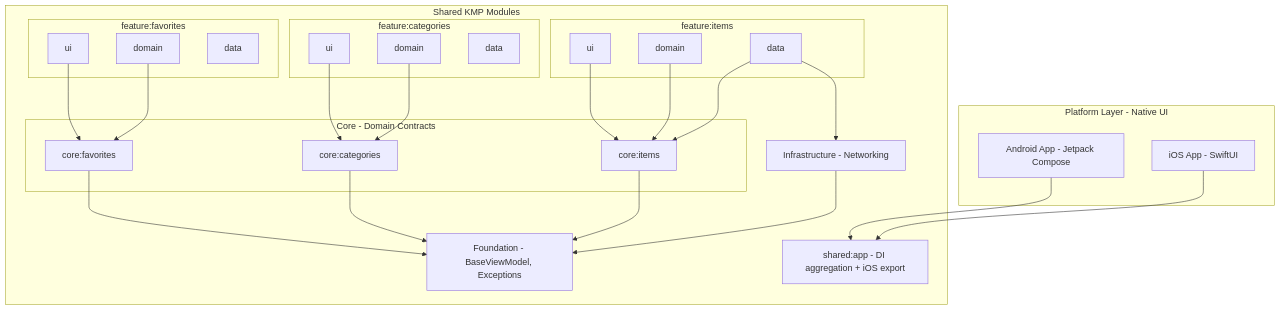
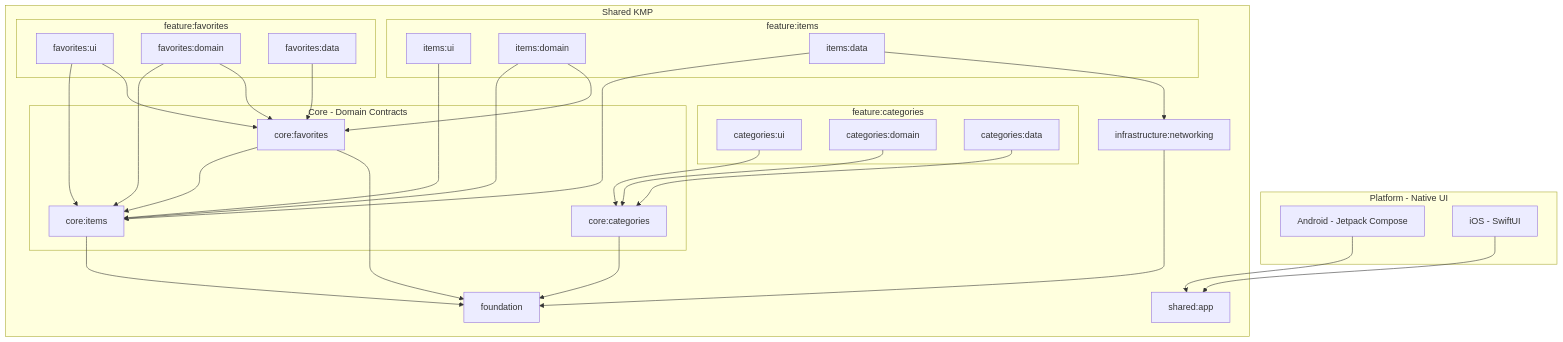
The first of 10 diagrams in README.md (Ashanen/Castociasto), drawn with Mermaid before and after one commit. The commit also changed other lines of this file, not shown here.

````diff
--- a/README.md
+++ b/README.md
@@ -24,57 +25,63 @@
 ```mermaid
 graph TB
-    subgraph Platform["Platform Layer - Native UI"]
-        Android[Android App - Jetpack Compose]
-        iOS[iOS App - SwiftUI]
+    subgraph Platform["Platform - Native UI"]
+        Android[Android - Jetpack Compose]
+        iOS[iOS - SwiftUI]
     end
 
-    subgraph Shared["Shared KMP Modules"]
-        App[shared:app - DI aggregation + iOS export]
+    subgraph Shared["Shared KMP"]
+        App[shared:app]
 
         subgraph Feature1["feature:items"]
-            IU[ui]
-            IDom[domain]
-            IData[data]
+            IU[items:ui]
+            IDom[items:domain]
+            IData[items:data]
         end
 
         subgraph Feature2["feature:categories"]
-            CU[ui]
-            CDom[domain]
-            CData[data]
+            CU[categories:ui]
+            CDom[categories:domain]
+            CData[categories:data]
         end
 
         subgraph Feature3["feature:favorites"]
-            FU[ui]
-            FDom[domain]
-            FData[data]
+            FU[favorites:ui]
+            FDom[favorites:domain]
+            FData[favorites:data]
         end
 
         subgraph Core["Core - Domain Contracts"]
             CoreItems[core:items]
             CoreCat[core:categories]
             CoreFav[core:favorites]
         end
 
-        Infra[Infrastructure - Networking]
-        Foundation[Foundation - BaseViewModel, Exceptions]
+        Infra[infrastructure:networking]
+        Found[foundation]
     end
 
     Android --> App
     iOS --> App
 
     IU --> CoreItems
     IDom --> CoreItems
+    IDom --> CoreFav
     IData --> CoreItems
     IData --> Infra
 
     CU --> CoreCat
     CDom --> CoreCat
+    CData --> CoreCat
 
+    FU --> CoreItems
     FU --> CoreFav
+    FDom --> CoreItems
     FDom --> CoreFav
+    FData --> CoreFav
 
-    CoreItems --> Foundation
-    CoreCat --> Foundation
-    CoreFav --> Foundation
-    Infra --> Foundation
+    CoreFav --> CoreItems
+    CoreItems --> Found
+    CoreCat --> Found
+    CoreFav --> Found
+    Infra --> Found
 ```
````
